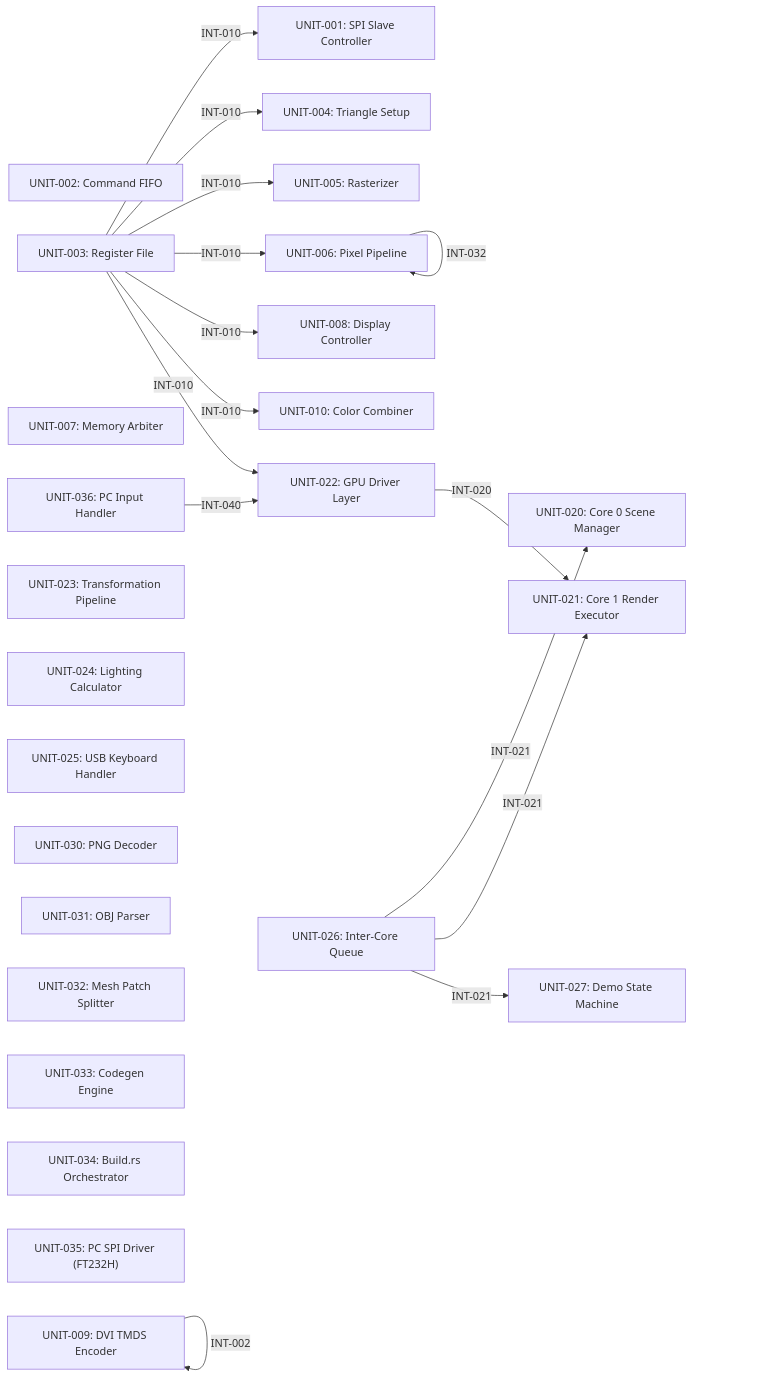
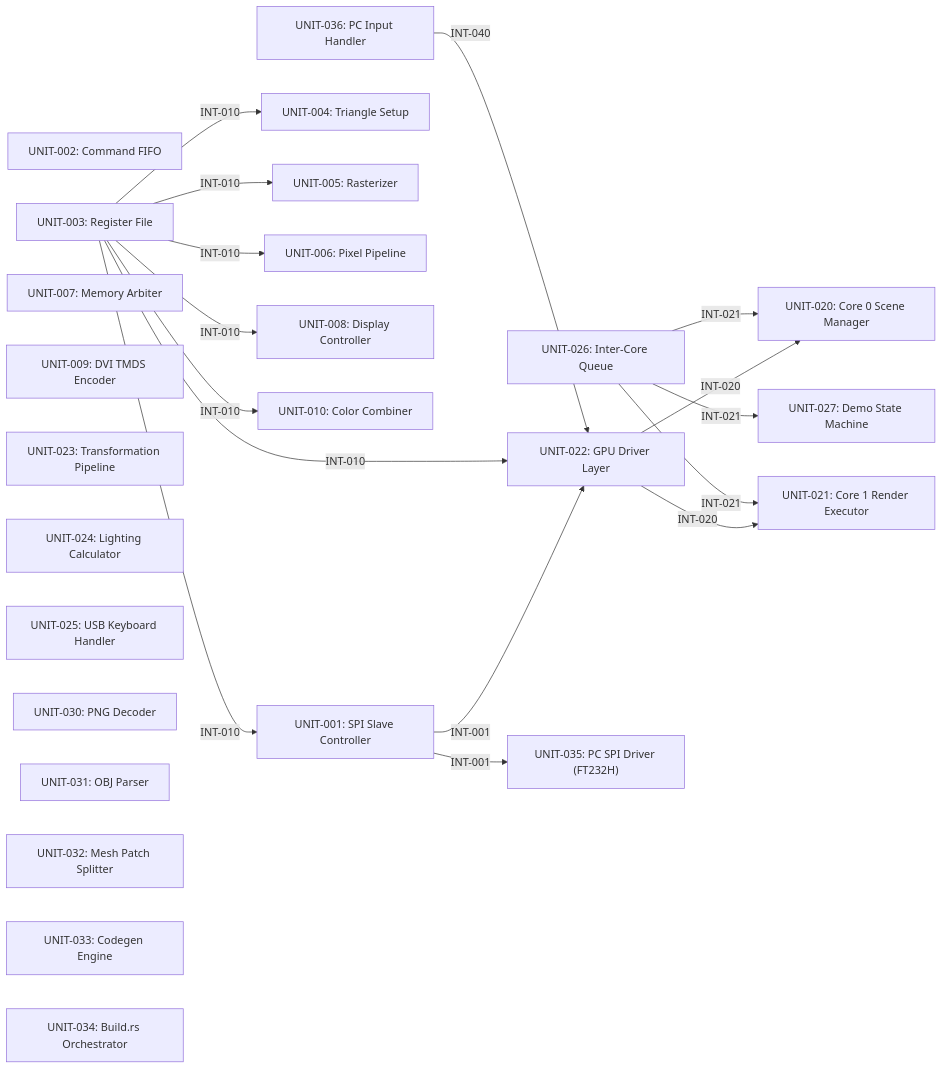
Before and after one commit to londey/pico-gs: the second of 2 diagrams in ARCHITECTURE.md, drawn with Mermaid. The commit also changed 101 other files, not shown here.

````diff
--- a/ARCHITECTURE.md
+++ b/ARCHITECTURE.md
@@ -305,42 +305,43 @@
 ```mermaid
 flowchart LR
     UNIT_001["UNIT-001: SPI Slave Controller"]
     UNIT_002["UNIT-002: Command FIFO"]
     UNIT_003["UNIT-003: Register File"]
     UNIT_004["UNIT-004: Triangle Setup"]
     UNIT_005["UNIT-005: Rasterizer"]
     UNIT_006["UNIT-006: Pixel Pipeline"]
     UNIT_007["UNIT-007: Memory Arbiter"]
     UNIT_008["UNIT-008: Display Controller"]
     UNIT_009["UNIT-009: DVI TMDS Encoder"]
     UNIT_010["UNIT-010: Color Combiner"]
     UNIT_020["UNIT-020: Core 0 Scene Manager"]
     UNIT_021["UNIT-021: Core 1 Render Executor"]
     UNIT_022["UNIT-022: GPU Driver Layer"]
     UNIT_023["UNIT-023: Transformation Pipeline"]
     UNIT_024["UNIT-024: Lighting Calculator"]
     UNIT_025["UNIT-025: USB Keyboard Handler"]
     UNIT_026["UNIT-026: Inter-Core Queue"]
     UNIT_027["UNIT-027: Demo State Machine"]
     UNIT_030["UNIT-030: PNG Decoder"]
     UNIT_031["UNIT-031: OBJ Parser"]
     UNIT_032["UNIT-032: Mesh Patch Splitter"]
     UNIT_033["UNIT-033: Codegen Engine"]
     UNIT_034["UNIT-034: Build.rs Orchestrator"]
     UNIT_035["UNIT-035: PC SPI Driver (FT232H)"]
     UNIT_036["UNIT-036: PC Input Handler"]
-    UNIT_009 -->|INT-002| UNIT_009
+    UNIT_001 -->|INT-001| UNIT_022
+    UNIT_001 -->|INT-001| UNIT_035
     UNIT_003 -->|INT-010| UNIT_001
     UNIT_003 -->|INT-010| UNIT_004
     UNIT_003 -->|INT-010| UNIT_005
     UNIT_003 -->|INT-010| UNIT_006
     UNIT_003 -->|INT-010| UNIT_008
     UNIT_003 -->|INT-010| UNIT_010
     UNIT_003 -->|INT-010| UNIT_022
+    UNIT_022 -->|INT-020| UNIT_020
     UNIT_022 -->|INT-020| UNIT_021
     UNIT_026 -->|INT-021| UNIT_020
     UNIT_026 -->|INT-021| UNIT_021
     UNIT_026 -->|INT-021| UNIT_027
-    UNIT_006 -->|INT-032| UNIT_006
     UNIT_036 -->|INT-040| UNIT_022
 ```
````
